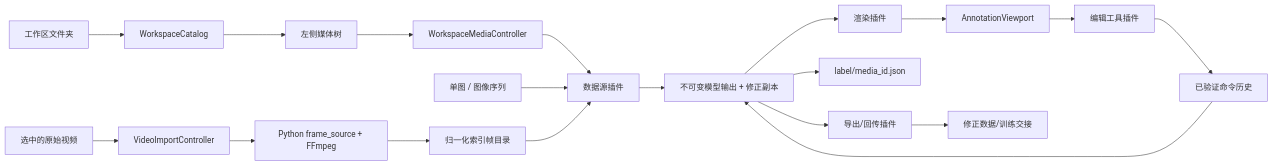
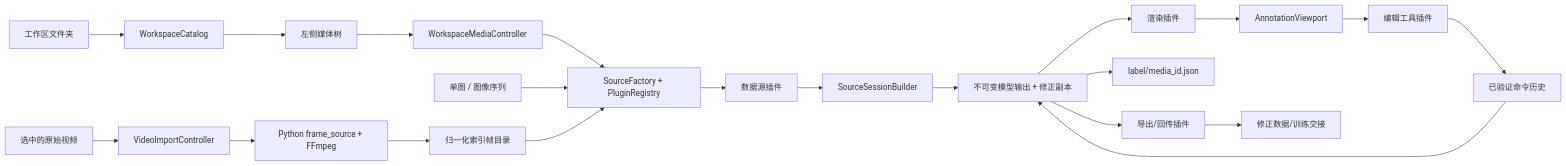
Before and after one commit to HZZ2Z/Automated-Annotation-System-Tool-Assignment6: the diagram in docs/architecture.md, drawn with Mermaid. The commit also changed other lines of this file and 4 other files, not shown here.

Commit message:
docs: align source plugin architecture

````diff
--- a/docs/architecture.md
+++ b/docs/architecture.md
@@ -11,21 +11,23 @@
 ```mermaid
 flowchart LR
     Workspace[工作区文件夹] --> Catalog[WorkspaceCatalog]
     Catalog --> Explorer[左侧媒体树]
     Explorer --> Media[WorkspaceMediaController]
-    Media --> Source
+    Media --> Factory[SourceFactory + PluginRegistry]
     Video[选中的原始视频] --> Import[VideoImportController]
     Import --> Normalizer[Python frame_source + FFmpeg]
     Normalizer --> Normalized[归一化索引帧目录]
-    Input[单图 / 图像序列] --> Source[数据源插件]
-    Normalized --> Source
-    Source --> Store[不可变模型输出 + 修正副本]
+    Input[单图 / 图像序列] --> Factory
+    Normalized --> Factory
+    Factory --> Source[数据源插件]
+    Source --> Session[SourceSessionBuilder]
+    Session --> Store[不可变模型输出 + 修正副本]
     Store --> Render[渲染插件]
     Render --> Viewport[AnnotationViewport]
     Viewport --> Edit[编辑工具插件]
     Edit --> Commands[已验证命令历史]
     Commands --> Store
     Store --> Labels[label/media_id.json]
     Store --> Feedback[导出/回传插件]
     Feedback --> Handoff[修正数据/训练交接]
 ```
````
